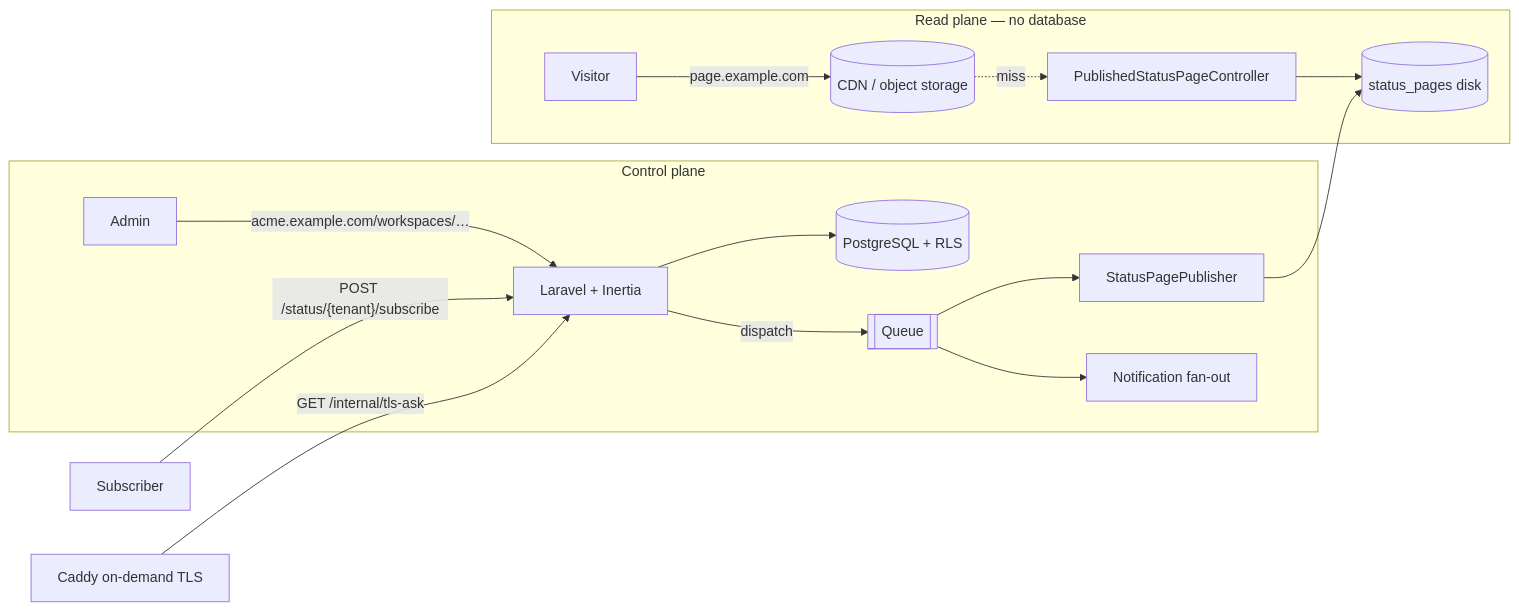
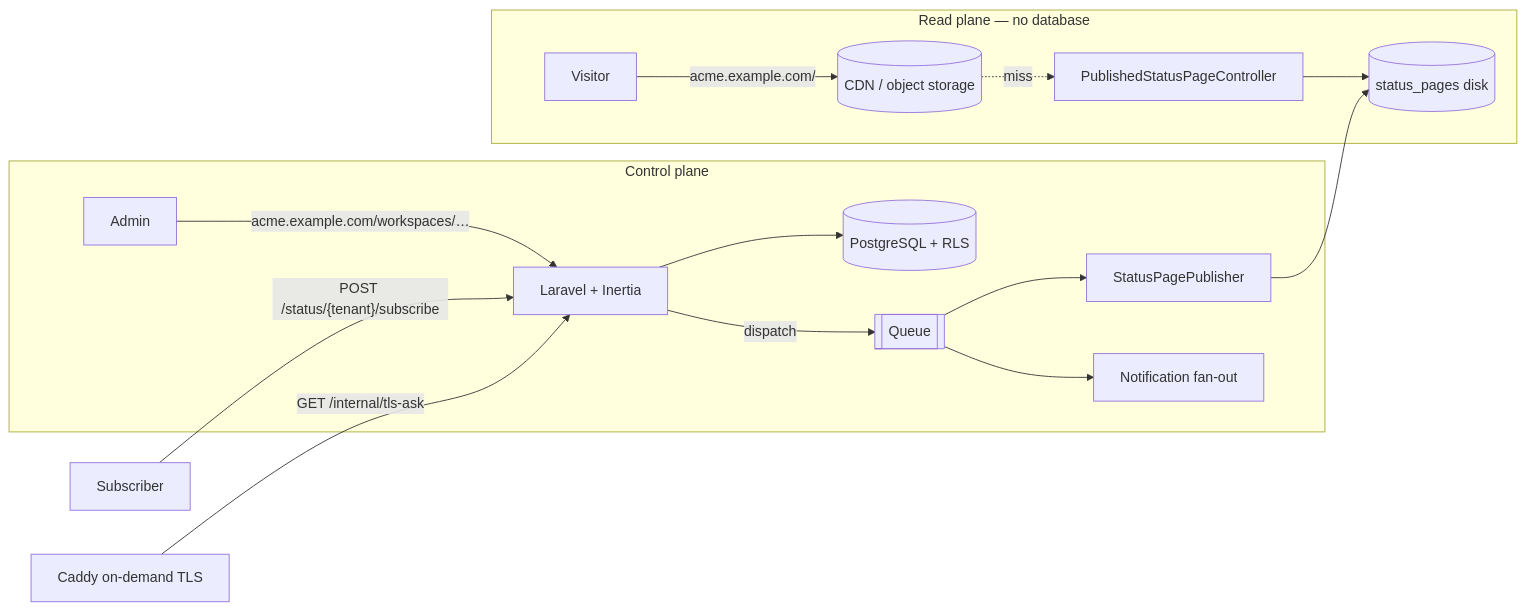
Before and after one commit to kzamanbd/laravel-tenancy: the diagram in docs/01-architecture.md, drawn with Mermaid. The commit also changed 5 other files, not shown here.

````diff
--- a/docs/01-architecture.md
+++ b/docs/01-architecture.md
@@ -48,20 +48,20 @@
 ```mermaid
 flowchart LR
     subgraph Readers["Read plane — no database"]
-        V[Visitor] -->|"page.example.com"| CDN[(CDN / object storage)]
+        V[Visitor] -->|"acme.example.com/"| CDN[(CDN / object storage)]
         CDN -.->|miss| ORIGIN["PublishedStatusPageController"]
         ORIGIN --> DISK[("status_pages disk")]
     end
 
     subgraph Writers["Control plane"]
         A[Admin] -->|"acme.example.com/workspaces/…"| APP["Laravel + Inertia"]
         APP --> PG[("PostgreSQL + RLS")]
         APP -->|dispatch| Q[["Queue"]]
         Q --> PUB["StatusPagePublisher"]
         PUB --> DISK
         Q --> MAIL["Notification fan-out"]
     end
 
     S[Subscriber] -->|"POST /status/{tenant}/subscribe"| APP
     CADDY["Caddy on-demand TLS"] -->|"GET /internal/tls-ask"| APP
 ```
````
